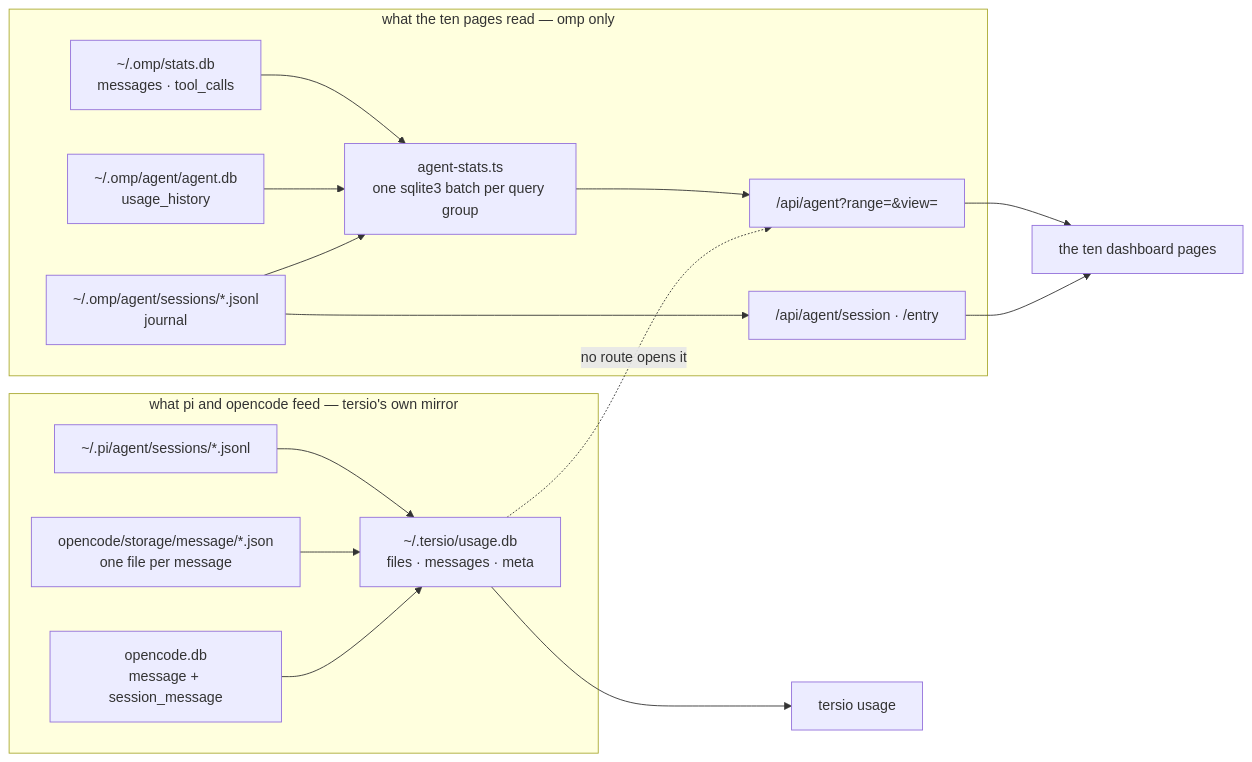
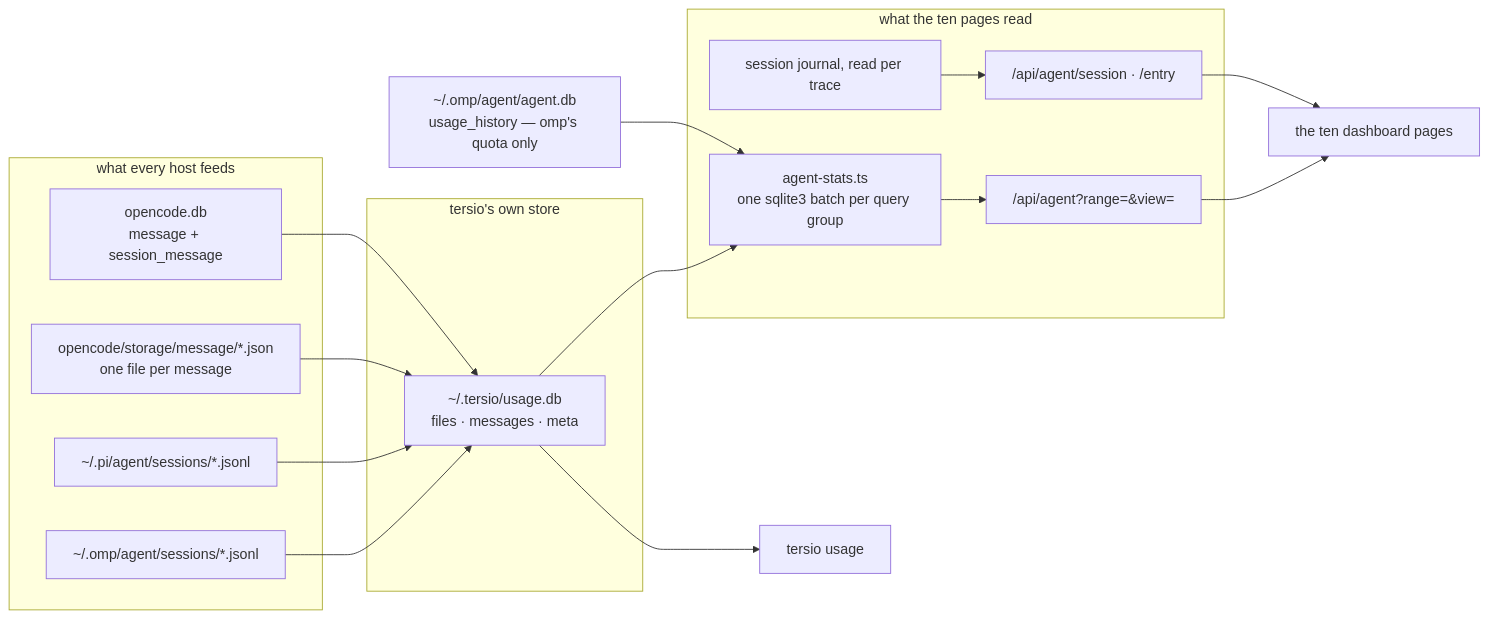
One commit to FrancoStino/tersio changed the third of 3 diagrams in docs/ARCHITECTURE.md. Above: the diagram before and after it, drawn with Mermaid. The commit also changed other lines of this file and 139 other files, not shown here.

First line of the commit message:
feat: mode parity, host pricing, pi timing, and skeleton pages

````diff
--- a/docs/ARCHITECTURE.md
+++ b/docs/ARCHITECTURE.md
@@ -62,25 +62,27 @@
 ```mermaid
 flowchart LR
-  subgraph READ["what the ten pages read — omp only"]
-    SDB["~/.omp/stats.db<br/>messages · tool_calls"]
-    ADB["~/.omp/agent/agent.db<br/>usage_history"]
-    JRN["~/.omp/agent/sessions/*.jsonl<br/>journal"]
+  subgraph FEED["what every host feeds"]
+    OMPJ["~/.omp/agent/sessions/*.jsonl"]
+    PIJ["~/.pi/agent/sessions/*.jsonl"]
+    OCJ["opencode/storage/message/*.json<br/>one file per message"]
+    OCD["opencode.db<br/>message + session_message"]
+  end
+  subgraph STORE["tersio's own store"]
+    UDB["~/.tersio/usage.db<br/>files · messages · meta"]
+  end
+  subgraph READ["what the ten pages read"]
     ASTS["agent-stats.ts<br/>one sqlite3 batch per query group"]
     API["/api/agent?range=&view="]
     SESS["/api/agent/session · /entry"]
+    JRN["session journal, read per trace"]
   end
-  subgraph MIRROR["what pi and opencode feed — tersio's own mirror"]
-    PIJ["~/.pi/agent/sessions/*.jsonl"]
-    OCJ["opencode/storage/message/*.json<br/>one file per message"]
-    OCD["opencode.db<br/>message + session_message"]
-    UDB["~/.tersio/usage.db<br/>files · messages · meta"]
-  end
+  ADB["~/.omp/agent/agent.db<br/>usage_history — omp's quota only"]
   DASH["the ten dashboard pages"]
   CLI["tersio usage"]
 
-  SDB & ADB & JRN --> ASTS
-  ASTS --> API --> DASH
+  OMPJ & PIJ & OCJ & OCD --> UDB
+  UDB --> ASTS --> API --> DASH
+  UDB --> CLI
   JRN --> SESS --> DASH
-  PIJ & OCJ & OCD --> UDB --> CLI
-  UDB -.->|"no route opens it"| API
+  ADB --> ASTS
 ```
````
